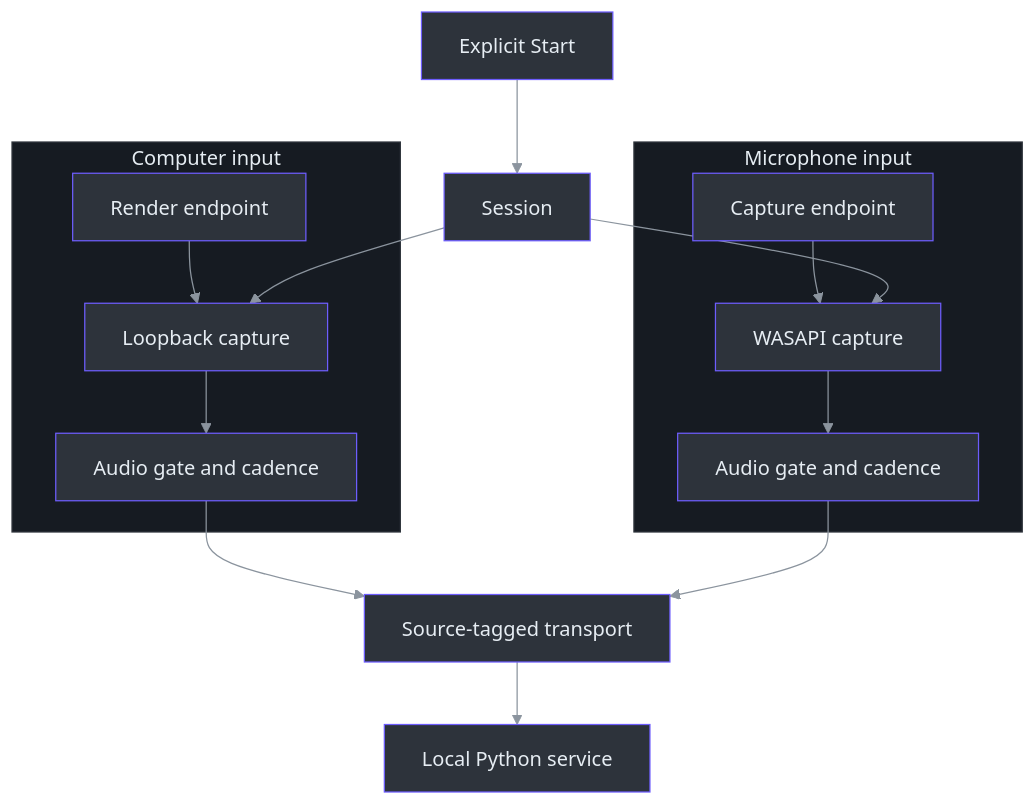
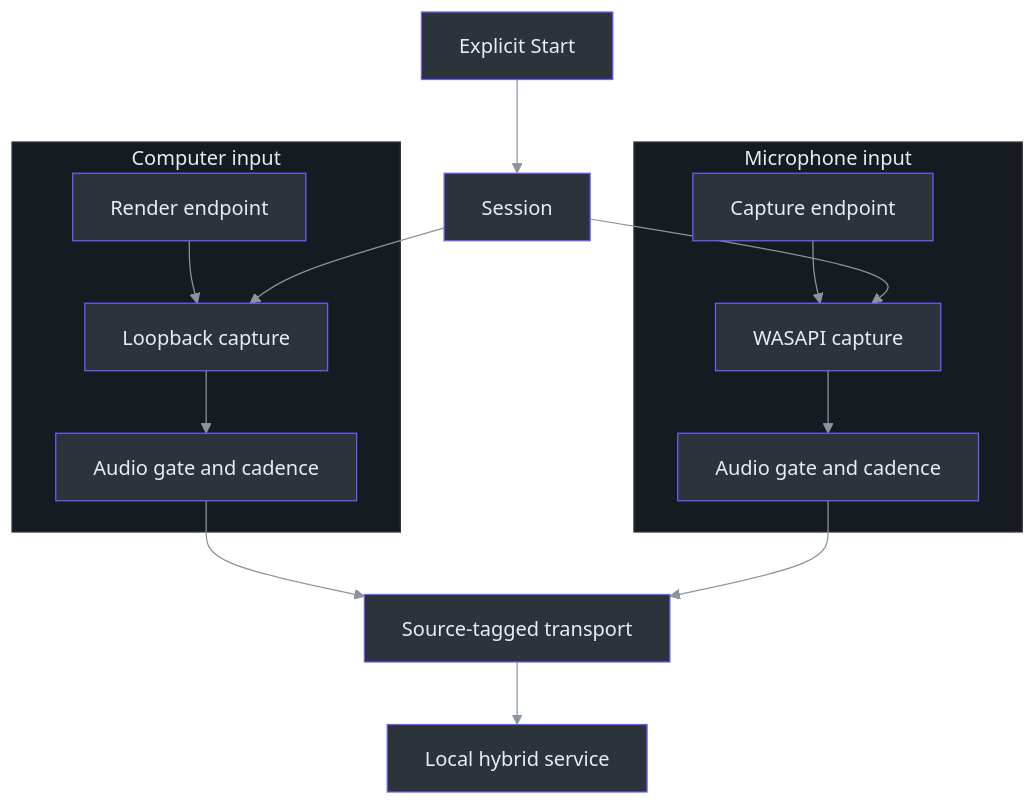
One commit to Zanark/phantom-fudge changed the first of 2 diagrams in docs/handbook/07-dual-input-capture.md. Above: the diagram before and after it, drawn with Mermaid. The commit also changed other lines of this file and 371 other files, not shown here.

````diff
--- a/docs/handbook/07-dual-input-capture.md
+++ b/docs/handbook/07-dual-input-capture.md
@@ -21,35 +21,35 @@
 ```mermaid
 ---
 config: {"theme":"base","themeVariables":{"primaryColor":"#2d333b","primaryBorderColor":"#6d5dfc","primaryTextColor":"#e6edf3","lineColor":"#8b949e","clusterBkg":"#161b22","clusterBorder":"#30363d"}}
 ---
 flowchart TB
     accTitle: Independent inputs inside one capture session
     accDescr: Explicit Start creates a session with two endpoint owners and one source preserving transport.
     U["Explicit Start"] --> S["Session"]
     subgraph C["Computer input"]
         R["Render endpoint"] --> L["Loopback capture"]
         L --> CA["Audio gate and cadence"]
     end
     subgraph M["Microphone input"]
         D["Capture endpoint"] --> W["WASAPI capture"]
         W --> MA["Audio gate and cadence"]
     end
     S --> L
     S --> W
     CA --> T["Source-tagged transport"]
     MA --> T
-    T --> P["Local Python service"]
+    T --> P["Local hybrid service"]
     style U fill:#2d333b,stroke:#6d5dfc,color:#e6edf3
     style S fill:#2d333b,stroke:#6d5dfc,color:#e6edf3
     style R fill:#2d333b,stroke:#6d5dfc,color:#e6edf3
     style L fill:#2d333b,stroke:#6d5dfc,color:#e6edf3
     style CA fill:#2d333b,stroke:#6d5dfc,color:#e6edf3
     style D fill:#2d333b,stroke:#6d5dfc,color:#e6edf3
     style W fill:#2d333b,stroke:#6d5dfc,color:#e6edf3
     style MA fill:#2d333b,stroke:#6d5dfc,color:#e6edf3
     style T fill:#2d333b,stroke:#6d5dfc,color:#e6edf3
     style P fill:#2d333b,stroke:#6d5dfc,color:#e6edf3
     style C fill:#161b22,stroke:#30363d,color:#e6edf3
     style M fill:#161b22,stroke:#30363d,color:#e6edf3
     linkStyle default stroke:#8b949e
 ```
````
